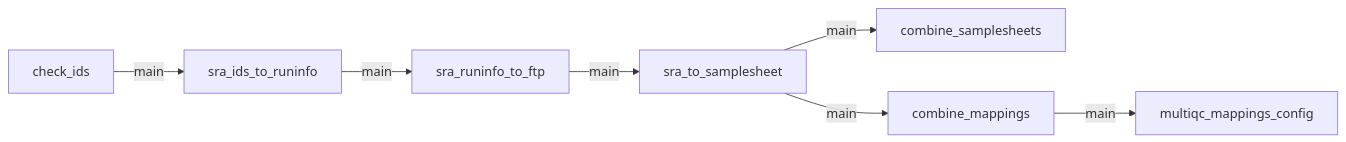
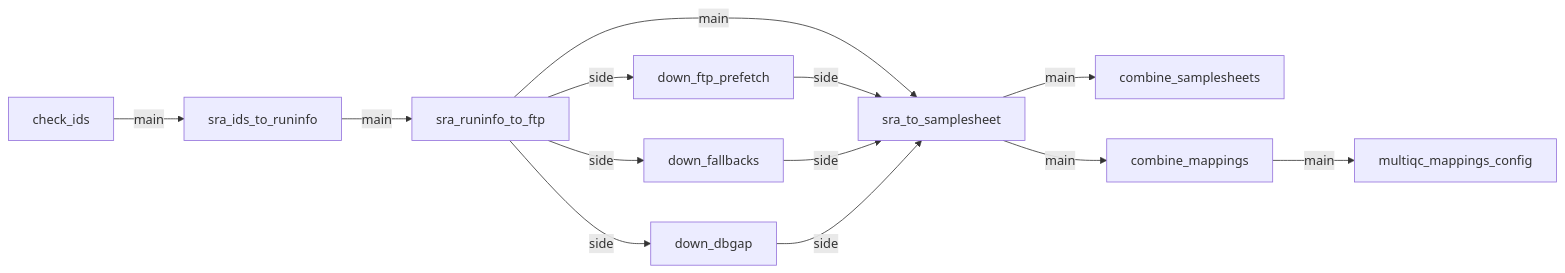
The diagram in scripts/semantic_maps/oxo-flow-fetchngs.mmd (oxo-flow-community/oxo-flow-community.github.io), drawn with Mermaid before and after one commit. The commit also changed 6 other files, not shown here.

```diff
--- a/scripts/semantic_maps/oxo-flow-fetchngs.mmd
+++ b/scripts/semantic_maps/oxo-flow-fetchngs.mmd
@@ -1,13 +1,19 @@
 %%metro line: main | Main pipeline | #79706E
 %%metro line: side | Assist routes | #E8A33D
 %%metro font_scale: 1.9
 %%metro stroke_scale: 1.6
 %%metro legend: br
 
 graph LR
     check_ids -->|main| sra_ids_to_runinfo
     sra_ids_to_runinfo -->|main| sra_runinfo_to_ftp
     sra_runinfo_to_ftp -->|main| sra_to_samplesheet
     sra_to_samplesheet -->|main| combine_samplesheets
     sra_to_samplesheet -->|main| combine_mappings
     combine_mappings -->|main| multiqc_mappings_config
+    sra_runinfo_to_ftp -->|side| down_ftp_prefetch
+    sra_runinfo_to_ftp -->|side| down_fallbacks
+    sra_runinfo_to_ftp -->|side| down_dbgap
+    down_ftp_prefetch -->|side| sra_to_samplesheet
+    down_fallbacks -->|side| sra_to_samplesheet
+    down_dbgap -->|side| sra_to_samplesheet
```
